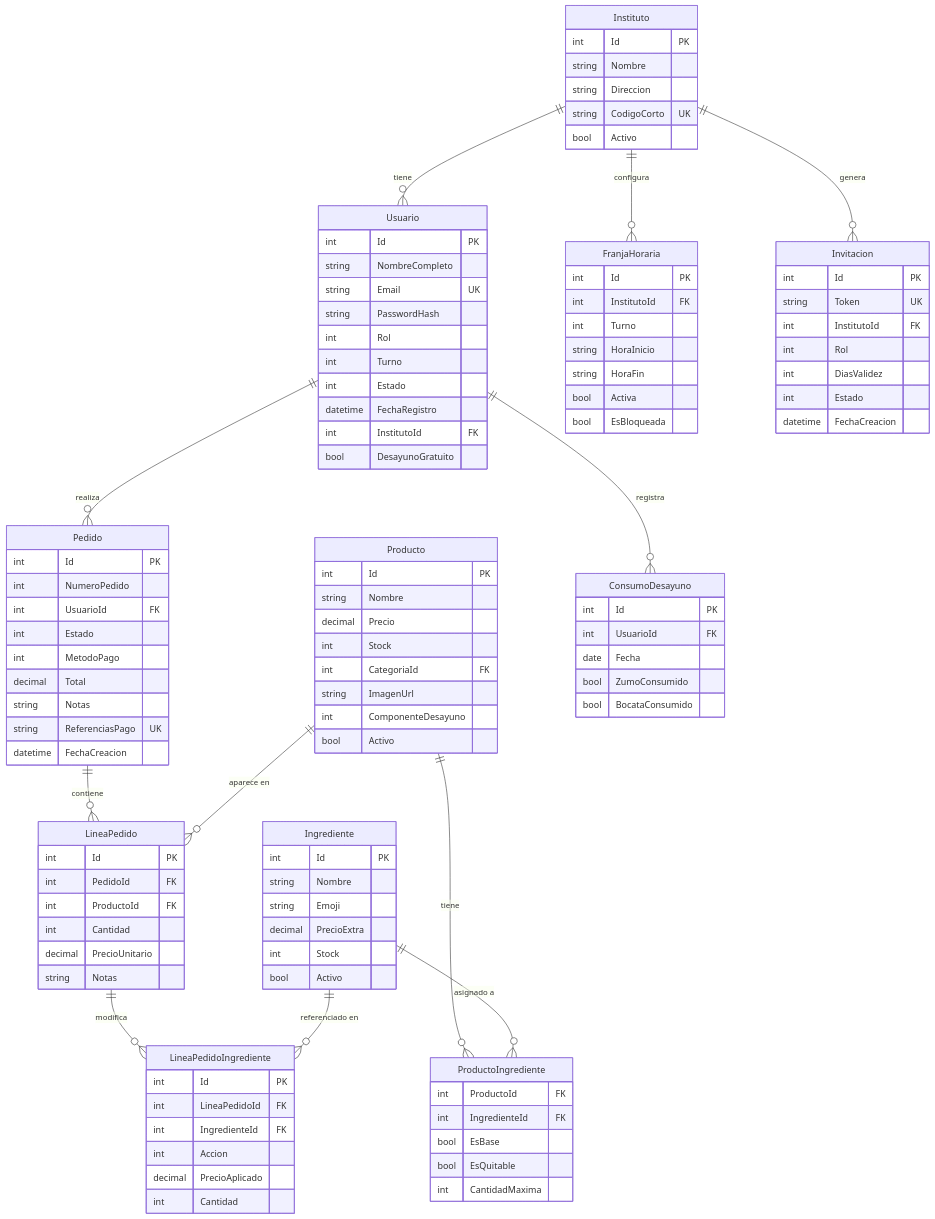
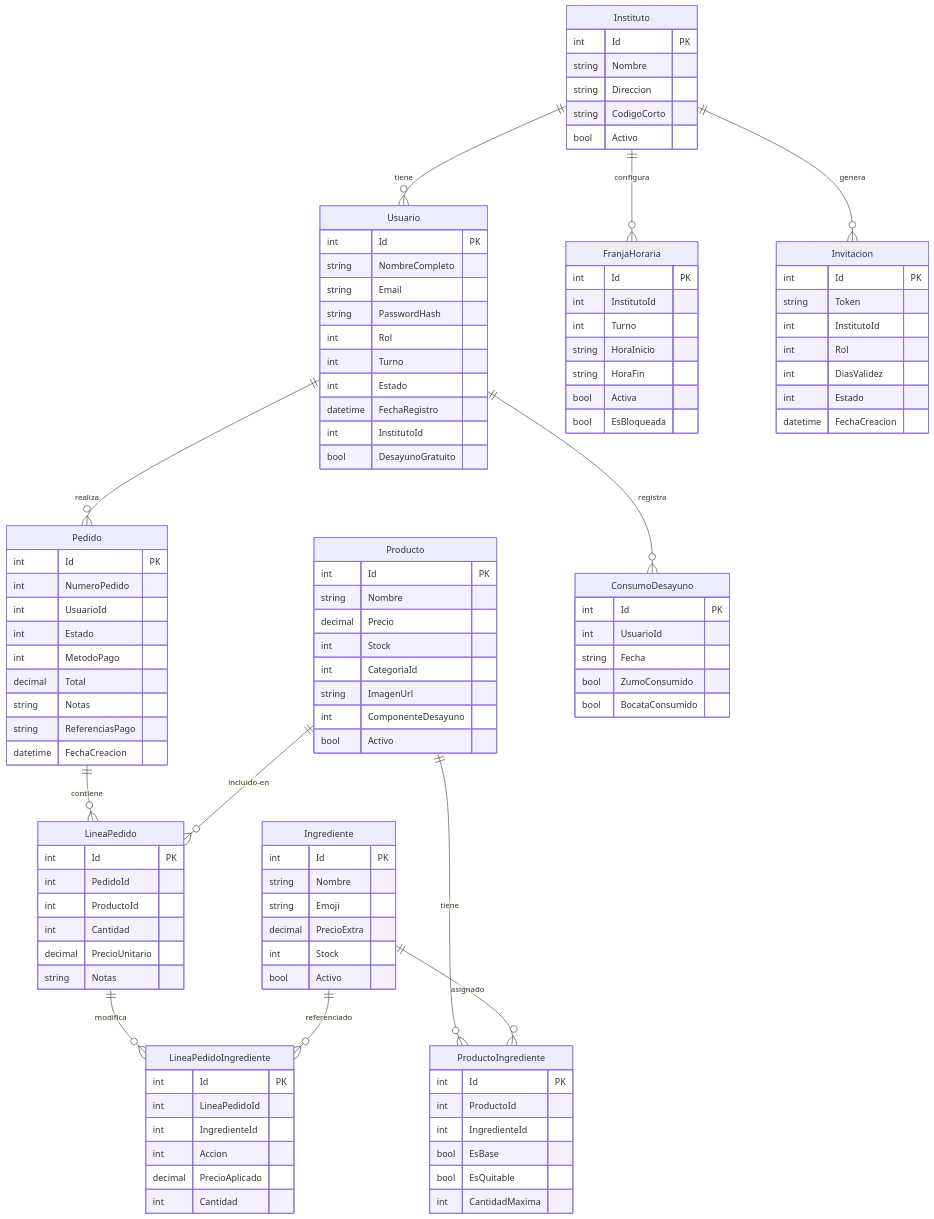
Before and after one commit to JoseGlezHerrera/CafeteriaInsti: the diagram in README.md, drawn with Mermaid.

Commit message:
fix: diagrama Mermaid ERD — quitar UK/FK y etiquetas sin espacios

````diff
--- a/README.md
+++ b/README.md
@@ -193,19 +193,19 @@
         int Id PK
         string Nombre
         string Direccion
-        string CodigoCorto UK
+        string CodigoCorto
         bool Activo
     }
     Usuario {
         int Id PK
         string NombreCompleto
-        string Email UK
+        string Email
         string PasswordHash
         int Rol
         int Turno
         int Estado
         datetime FechaRegistro
-        int InstitutoId FK
+        int InstitutoId
         bool DesayunoGratuito
     }
     Producto {
@@ -213,7 +213,7 @@
         string Nombre
         decimal Precio
         int Stock
-        int CategoriaId FK
+        int CategoriaId
         string ImagenUrl
         int ComponenteDesayuno
         bool Activo
@@ -227,8 +227,9 @@
         bool Activo
     }
     ProductoIngrediente {
-        int ProductoId FK
-        int IngredienteId FK
+        int Id PK
+        int ProductoId
+        int IngredienteId
         bool EsBase
         bool EsQuitable
         int CantidadMaxima
@@ -236,40 +237,40 @@
     Pedido {
         int Id PK
         int NumeroPedido
-        int UsuarioId FK
+        int UsuarioId
         int Estado
         int MetodoPago
         decimal Total
         string Notas
-        string ReferenciasPago UK
+        string ReferenciasPago
         datetime FechaCreacion
     }
     LineaPedido {
         int Id PK
-        int PedidoId FK
-        int ProductoId FK
+        int PedidoId
+        int ProductoId
         int Cantidad
         decimal PrecioUnitario
         string Notas
     }
     LineaPedidoIngrediente {
         int Id PK
-        int LineaPedidoId FK
-        int IngredienteId FK
+        int LineaPedidoId
+        int IngredienteId
         int Accion
         decimal PrecioAplicado
         int Cantidad
     }
     ConsumoDesayuno {
         int Id PK
-        int UsuarioId FK
-        date Fecha
+        int UsuarioId
+        string Fecha
         bool ZumoConsumido
         bool BocataConsumido
     }
     FranjaHoraria {
         int Id PK
-        int InstitutoId FK
+        int InstitutoId
         int Turno
         string HoraInicio
         string HoraFin
@@ -278,23 +279,23 @@
     }
     Invitacion {
         int Id PK
-        string Token UK
-        int InstitutoId FK
+        string Token
+        int InstitutoId
         int Rol
         int DiasValidez
         int Estado
         datetime FechaCreacion
     }
 
-    Instituto ||--o{ Usuario : "tiene"
-    Instituto ||--o{ FranjaHoraria : "configura"
-    Instituto ||--o{ Invitacion : "genera"
-    Usuario ||--o{ Pedido : "realiza"
-    Usuario ||--o{ ConsumoDesayuno : "registra"
-    Pedido ||--o{ LineaPedido : "contiene"
-    LineaPedido ||--o{ LineaPedidoIngrediente : "modifica"
-    Producto ||--o{ LineaPedido : "aparece en"
-    Producto ||--o{ ProductoIngrediente : "tiene"
-    Ingrediente ||--o{ ProductoIngrediente : "asignado a"
-    Ingrediente ||--o{ LineaPedidoIngrediente : "referenciado en"
+    Instituto ||--o{ Usuario : tiene
+    Instituto ||--o{ FranjaHoraria : configura
+    Instituto ||--o{ Invitacion : genera
+    Usuario ||--o{ Pedido : realiza
+    Usuario ||--o{ ConsumoDesayuno : registra
+    Pedido ||--o{ LineaPedido : contiene
+    LineaPedido ||--o{ LineaPedidoIngrediente : modifica
+    Producto ||--o{ LineaPedido : incluido-en
+    Producto ||--o{ ProductoIngrediente : tiene
+    Ingrediente ||--o{ ProductoIngrediente : asignado
+    Ingrediente ||--o{ LineaPedidoIngrediente : referenciado
 ```
````
